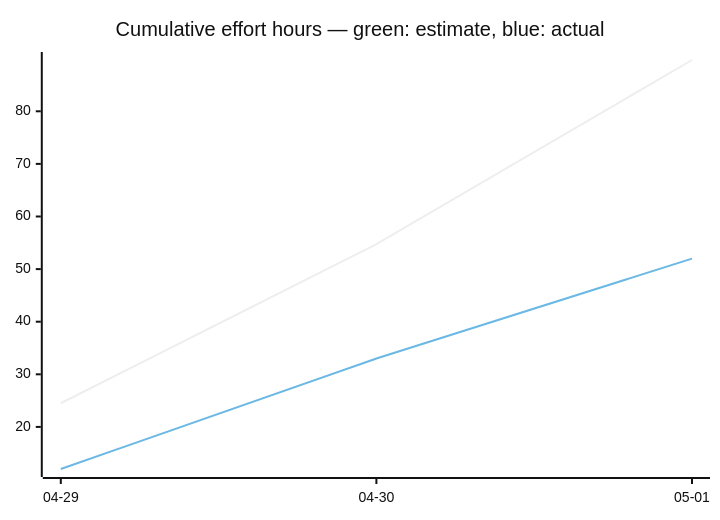
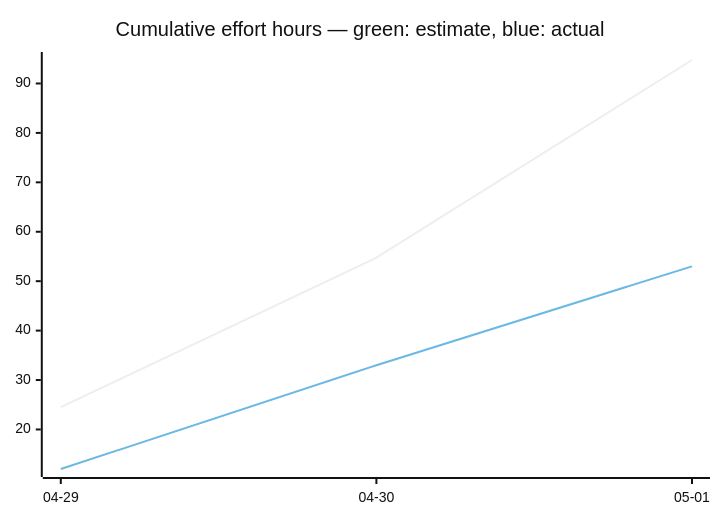
One commit to tgd1975/AwesomeStudioPedal changed the third of 3 diagrams in docs/developers/tasks/OVERVIEW.md. Above: the diagram before and after it, drawn with Mermaid (neutral theme). The commit also changed other lines of this file and 9 other files, not shown here.

````diff
--- a/docs/developers/tasks/OVERVIEW.md
+++ b/docs/developers/tasks/OVERVIEW.md
@@ -40,7 +40,7 @@
 ```mermaid
 xychart-beta
     title "Cumulative effort hours — green: estimate, blue: actual"
     x-axis ["04-29", "04-30", "05-01"]
-    line [24.5, 54.75, 89.75]
-    line [12, 33, 52]
+    line [24.5, 54.75, 94.75]
+    line [12, 33, 53]
 ```
````
